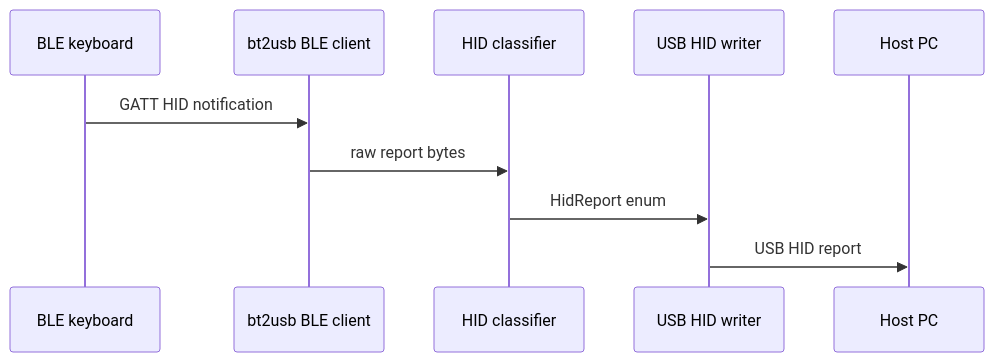
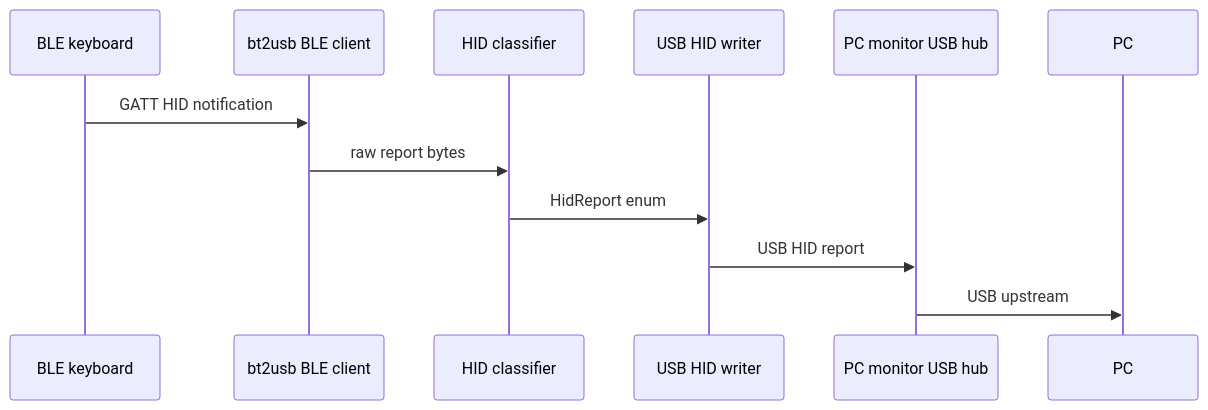
The fourth of 4 diagrams in README.md (chefzaid/bt2usb), drawn with Mermaid before and after one commit. The commit also changed other lines of this file and 11 other files, not shown here.

Commit message:
feat: Enhance Bluetooth-to-USB HID bridge functionality and storage

````diff
--- a/README.md
+++ b/README.md
@@ -296,13 +300,15 @@
 ```mermaid
 sequenceDiagram
     participant K as BLE keyboard
     participant B as bt2usb BLE client
     participant H as HID classifier
     participant U as USB HID writer
-    participant P as Host PC
+    participant M as PC monitor USB hub
+    participant P as PC
 
     K->>B: GATT HID notification
     B->>H: raw report bytes
     H->>U: HidReport enum
-    U->>P: USB HID report
+    U->>M: USB HID report
+    M->>P: USB upstream
 ```
````
